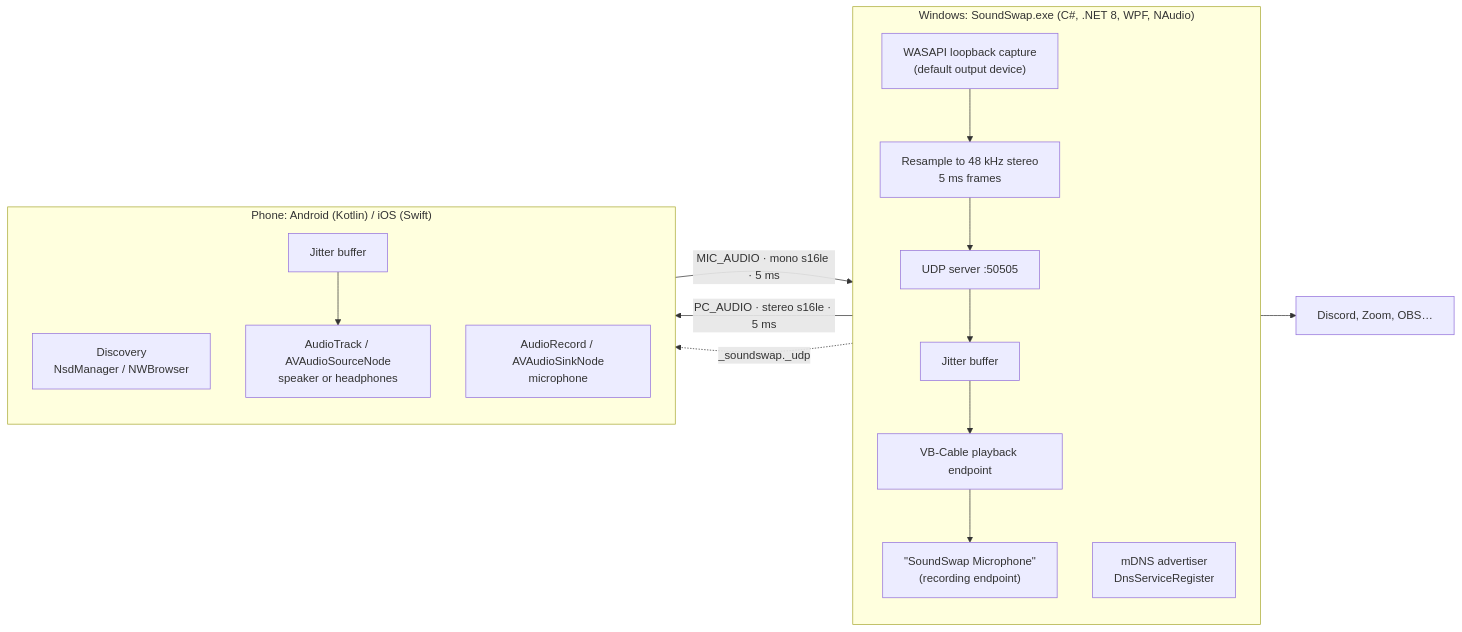
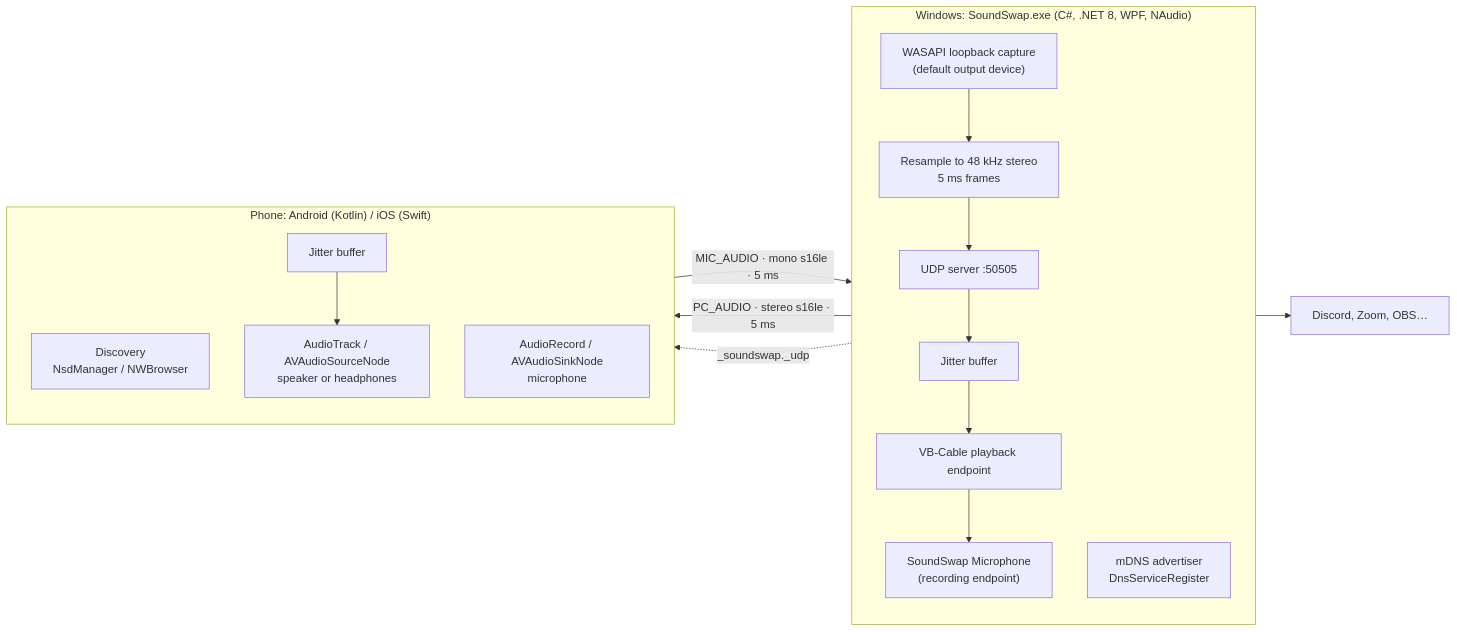
Before and after one commit to useker7/SoundSwap: the diagram in README.md, drawn with Mermaid.

Commit message:
Fix Mermaid diagram parse error on GitHub
GitHub decodes &quot; before Mermaid parses the label, which closed the
quoted string early. Drop the inner quotes from the node label.

````diff
--- a/README.md
+++ b/README.md
@@ -40,25 +40,25 @@
 ```mermaid
 flowchart LR
     subgraph PC["Windows: SoundSwap.exe (C#, .NET 8, WPF, NAudio)"]
         direction TB
         LB["WASAPI loopback capture<br/>(default output device)"] --> RS["Resample to 48 kHz stereo<br/>5 ms frames"]
         SRV["UDP server :50505"]
         JBW["Jitter buffer"] --> VC["VB-Cable playback endpoint"]
-        VC --> MIC["&quot;SoundSwap Microphone&quot;<br/>(recording endpoint)"]
+        VC --> MIC["SoundSwap Microphone<br/>(recording endpoint)"]
         MDNS["mDNS advertiser<br/>DnsServiceRegister"]
     end
 
     subgraph Phone["Phone: Android (Kotlin) / iOS (Swift)"]
         direction TB
         DISC["Discovery<br/>NsdManager / NWBrowser"]
         JBP["Jitter buffer"] --> OUT["AudioTrack / AVAudioSourceNode<br/>speaker or headphones"]
         IN["AudioRecord / AVAudioSinkNode<br/>microphone"]
     end
 
     RS --> SRV
     SRV -- "PC_AUDIO · stereo s16le · 5 ms" --> JBP
     IN -- "MIC_AUDIO · mono s16le · 5 ms" --> SRV
     SRV --> JBW
     MDNS -. "_soundswap._udp" .-> DISC
     MIC --> APPS["Discord, Zoom, OBS…"]
 ```
````
